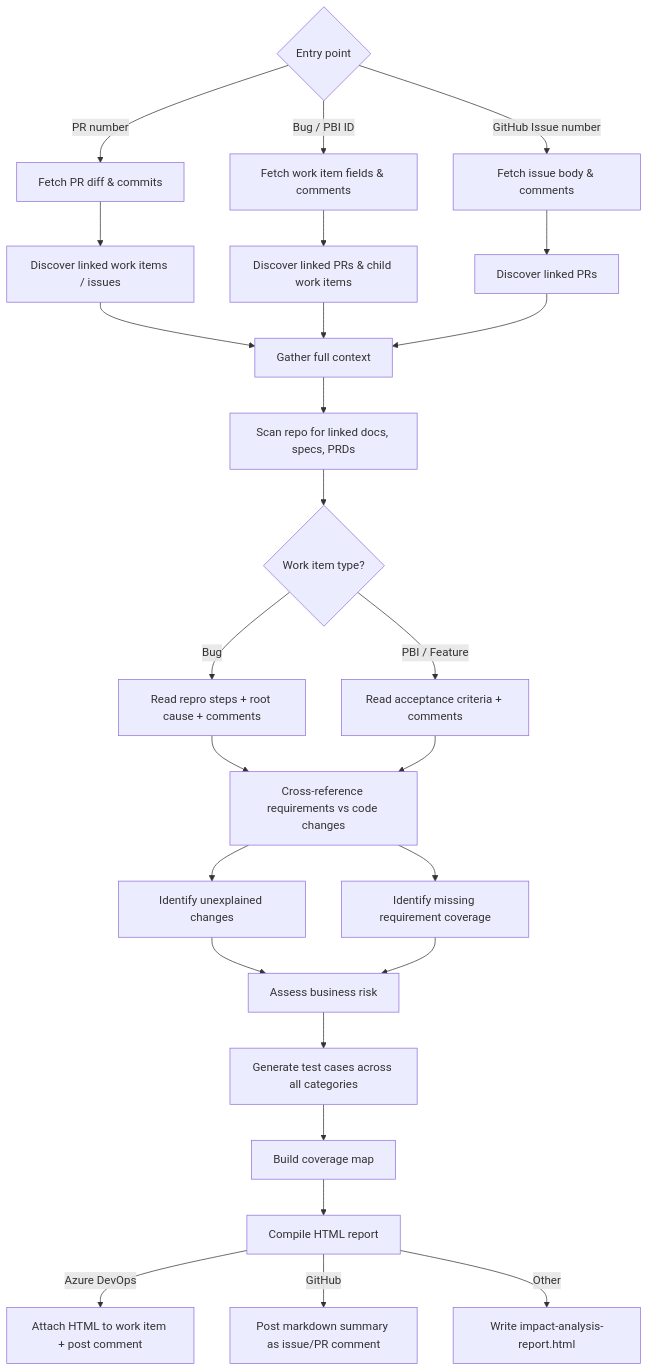
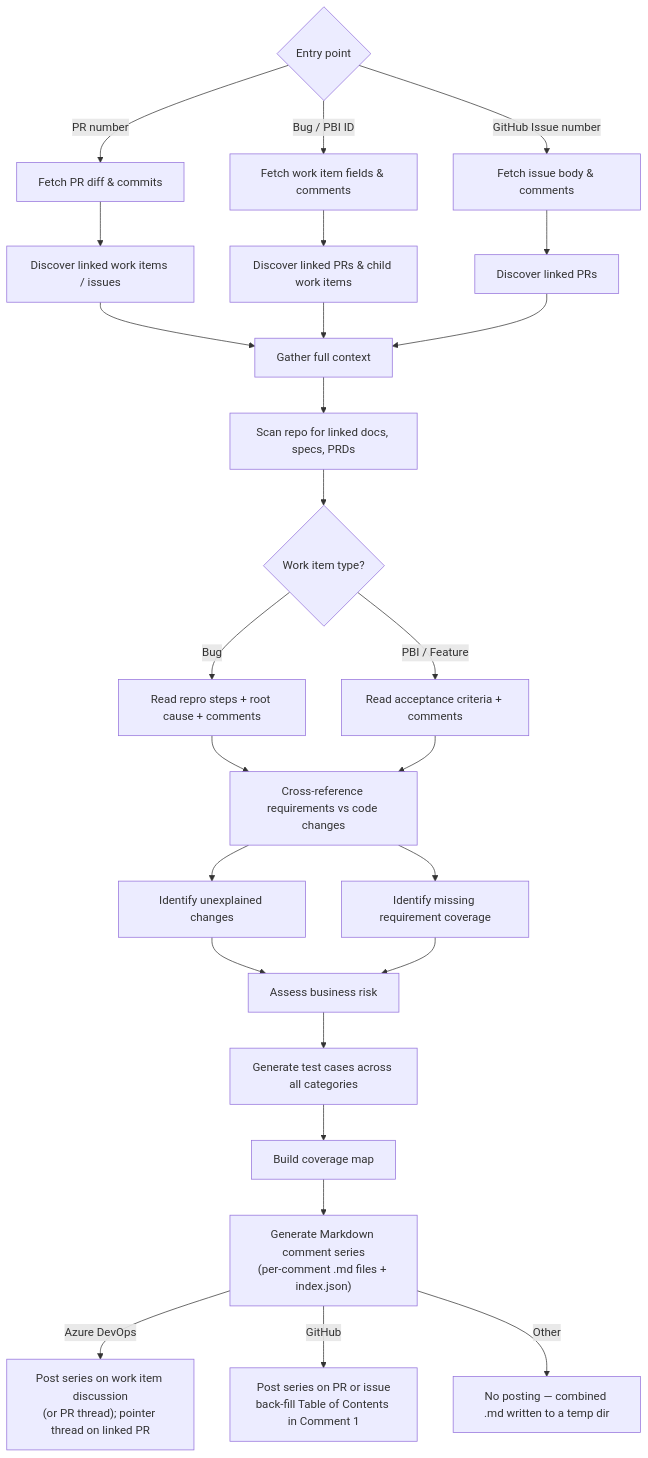
One commit to Chamalasela/documentation changed the diagram in src/content/docs/official-plugins/test-strategist.md. Above: the diagram before and after it, drawn with Mermaid. The commit also changed other lines of this file and 8 other files, not shown here.

````diff
--- a/src/content/docs/official-plugins/test-strategist.md
+++ b/src/content/docs/official-plugins/test-strategist.md
@@ -30,24 +36,24 @@
 ```mermaid
 flowchart TD
     A{Entry point} -->|PR number| B[Fetch PR diff & commits]
     A -->|Bug / PBI ID| C[Fetch work item fields & comments]
     A -->|GitHub Issue number| D[Fetch issue body & comments]
     B --> E[Discover linked work items / issues]
     C --> F[Discover linked PRs & child work items]
     D --> G[Discover linked PRs]
     E & F & G --> H[Gather full context]
     H --> I[Scan repo for linked docs, specs, PRDs]
     I --> J{Work item type?}
     J -->|Bug| K[Read repro steps + root cause + comments]
     J -->|PBI / Feature| L[Read acceptance criteria + comments]
     K & L --> M[Cross-reference requirements vs code changes]
     M --> N[Identify unexplained changes]
     M --> O[Identify missing requirement coverage]
     N & O --> P[Assess business risk]
     P --> Q[Generate test cases across all categories]
     Q --> R[Build coverage map]
-    R --> S[Compile HTML report]
-    S -->|Azure DevOps| T[Attach HTML to work item + post comment]
-    S -->|GitHub| U[Post markdown summary as issue/PR comment]
-    S -->|Other| V[Write impact-analysis-report.html]
+    R --> S["Generate Markdown comment series<br/>(per-comment .md files + index.json)"]
+    S -->|Azure DevOps| T["Post series on work item discussion<br/>(or PR thread); pointer thread on linked PR"]
+    S -->|GitHub| U["Post series on PR or issue<br/>back-fill Table of Contents in Comment 1"]
+    S -->|Other| V["No posting — combined .md written to a temp dir"]
 ```
````
